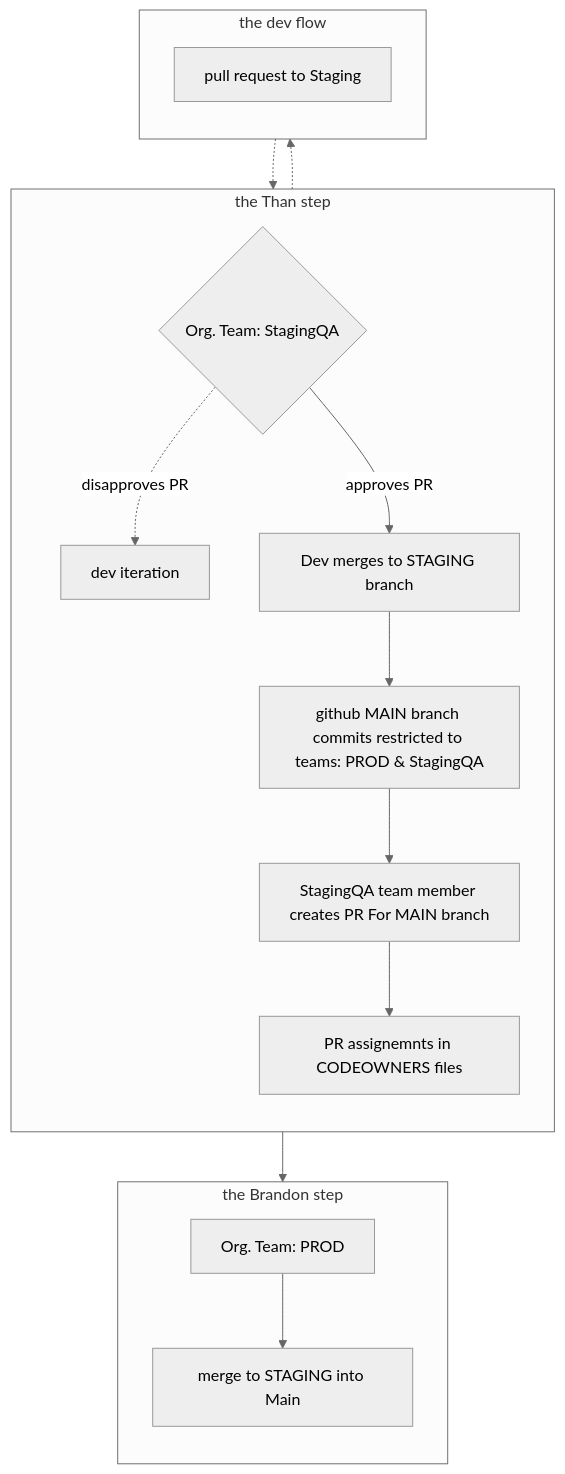
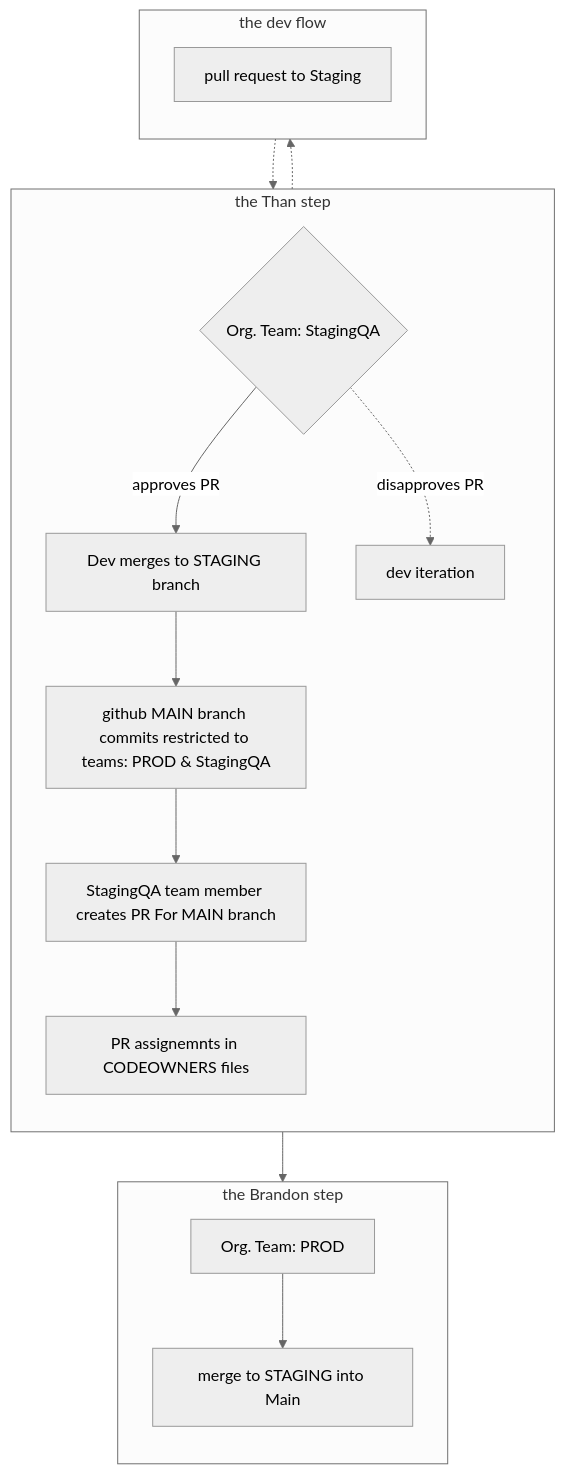
Before and after one commit to test123432234/test-config: the diagram in README.md, drawn with Mermaid (neutral theme).

````diff
--- a/README.md
+++ b/README.md
@@ -16,26 +16,27 @@
 ```mermaid 
 flowchart TB
   subgraph PROD["the Brandon step"]
       direction TB
       prPRODTeam["Org. Team: PROD"] -->  prodDone["merge to STAGING into Main"] 
   end
   
   subgraph STAGING["the Than step"]
       direction TB
 prQATeam{"Org. Team: StagingQA"}
-      prQATeam -. "disapproves PR" .-> devItr
       prQATeam -- "approves PR" --> devDone["Dev merges to STAGING branch"]
       devDone --> branchGating --> prQADone["StagingQA team member creates PR For MAIN branch"]
       prQADone --> coFile --> prPRODTeam
+
+      prQATeam -. "disapproves PR" .-> devItr
   end
   
       branchGating["github MAIN branch commits restricted to teams: PROD & StagingQA"]
       coFile["PR assignemnts in CODEOWNERS files"]
 
   subgraph DEV["the dev flow"]
       direction TB
       devItr["dev iteration"] -.-> pr["pull request to Staging"] -.-> prQATeam
   end
 
 
 ```
````
